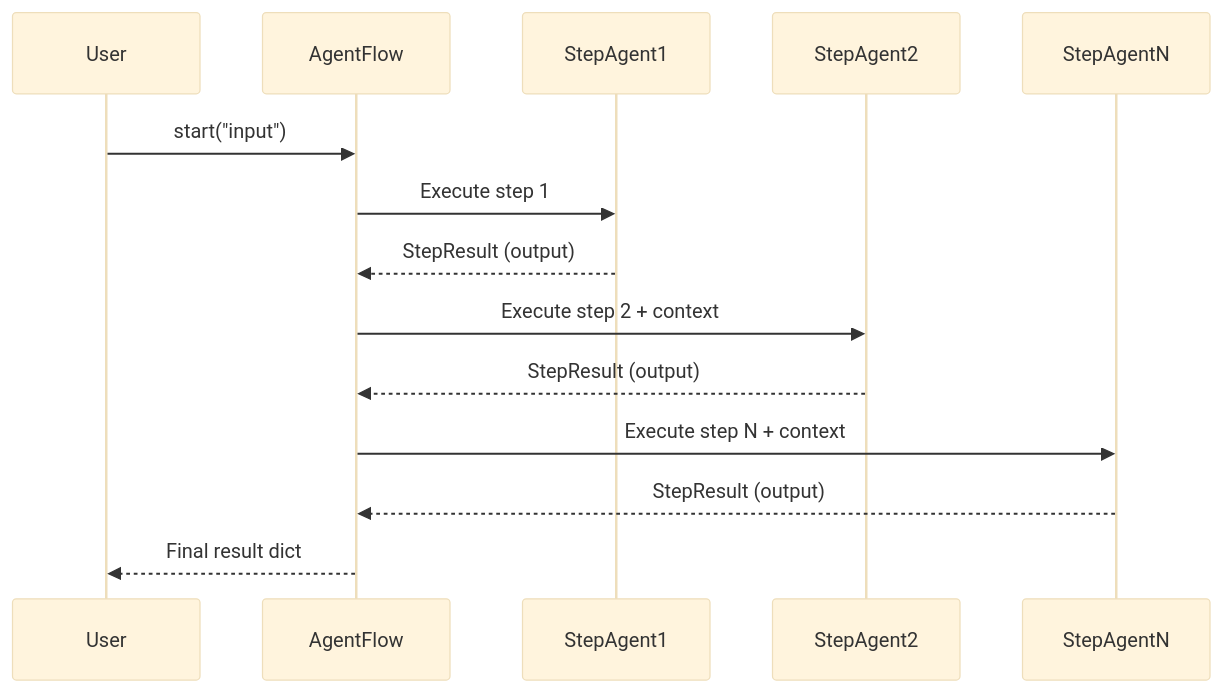
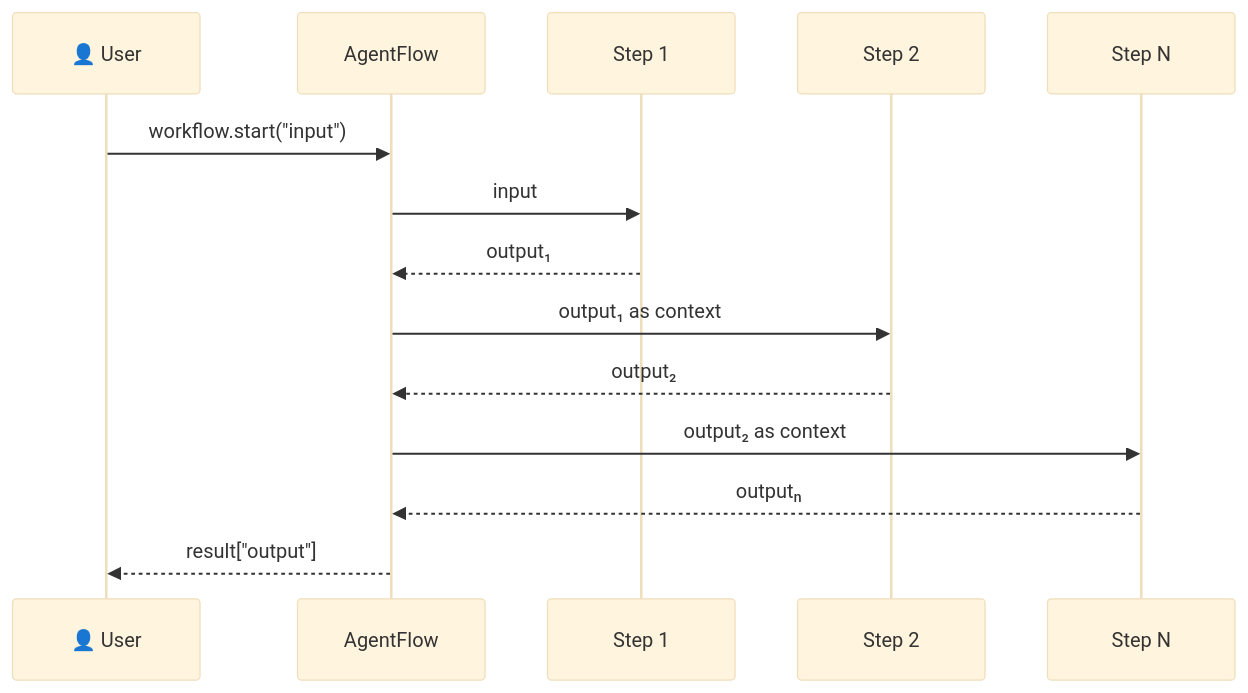
One commit to MervinPraison/PraisonAIDocs changed the second of 11 diagrams in docs/features/workflows.mdx. Above: the diagram before and after it, drawn with Mermaid (base theme). The commit also changed other lines of this file and 4 other files, not shown here.

````diff
--- a/docs/features/workflows.mdx
+++ b/docs/features/workflows.mdx
@@ -153,17 +116,17 @@
 ```mermaid
 sequenceDiagram
-    participant User
-    participant AgentFlow
-    participant StepAgent1
-    participant StepAgent2
-    participant StepAgentN
+    participant U as 👤 User
+    participant W as AgentFlow
+    participant S1 as Step 1
+    participant S2 as Step 2
+    participant S3 as Step N
 
-    User->>AgentFlow: start("input")
-    AgentFlow->>StepAgent1: Execute step 1
-    StepAgent1-->>AgentFlow: StepResult (output)
-    AgentFlow->>StepAgent2: Execute step 2 + context
-    StepAgent2-->>AgentFlow: StepResult (output)
-    AgentFlow->>StepAgentN: Execute step N + context
-    StepAgentN-->>AgentFlow: StepResult (output)
-    AgentFlow-->>User: Final result dict
+    U->>W: workflow.start("input")
+    W->>S1: input
+    S1-->>W: output₁
+    W->>S2: output₁ as context
+    S2-->>W: output₂
+    W->>S3: output₂ as context
+    S3-->>W: outputₙ
+    W-->>U: result["output"]
 ```
````
